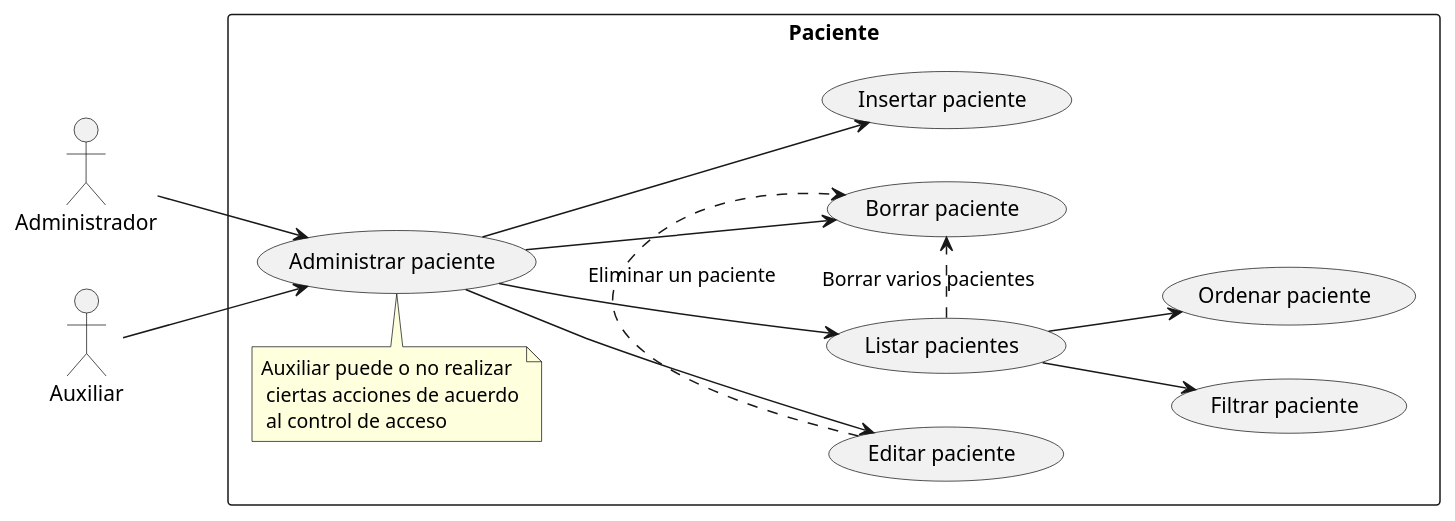
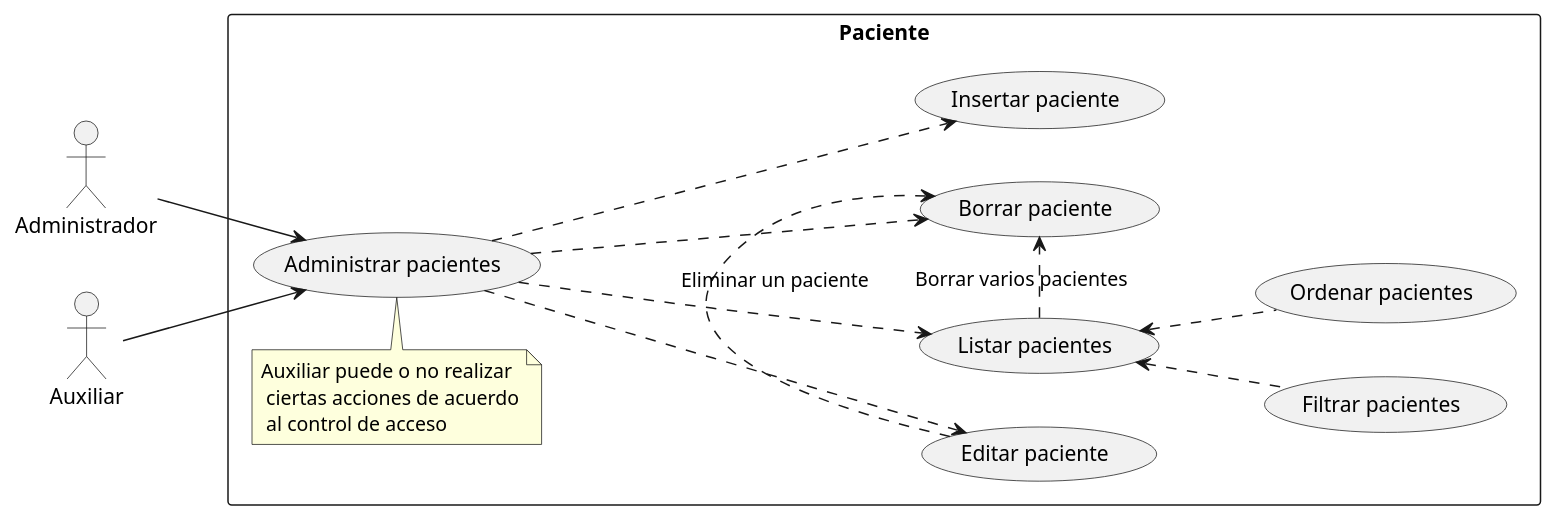
The diagram in ROOT/modules/proyecto/puml/pacientes-usecase.puml (capsi-ucp/capsi-ucp.github.io), drawn with PlantUML before and after one commit.

Commit message:
Correcciones a casos de uso de pacientes

```diff
--- a/ROOT/modules/proyecto/puml/pacientes-usecase.puml
+++ b/ROOT/modules/proyecto/puml/pacientes-usecase.puml
@@ -1,30 +1,30 @@
 @startuml
 left to right direction
 actor Administrador
 actor Auxiliar
 
 rectangle Paciente {
-  usecase "Administrar paciente" as CRUD
   usecase "Insertar paciente" as C
   usecase "Listar pacientes" as R
   usecase "Editar paciente" as U
   usecase "Borrar paciente" as D
-  usecase "Filtrar paciente" as Searchable
-  usecase "Ordenar paciente" as Sortable
+  usecase "Filtrar pacientes" as Searchable
+  usecase "Ordenar pacientes" as Sortable
+  usecase "Administrar pacientes" as CRUD
   note "Auxiliar puede o no realizar\r\n ciertas acciones de acuerdo\r\n al control de acceso" as Acl
 }
 
-CRUD --> C
-CRUD --> R
-CRUD --> U
-CRUD --> D
+CRUD --.> C
+CRUD --.> R
+CRUD --.> U
+CRUD --.> D
 
-R --> Searchable
-R --> Sortable
+R <.. Searchable
+R <.. Sortable
 U .> D: "Eliminar un paciente"
 R .> D: "Borrar varios pacientes"
 
 Administrador --> CRUD
 Auxiliar --> CRUD
 Acl -> CRUD
 @enduml
```
